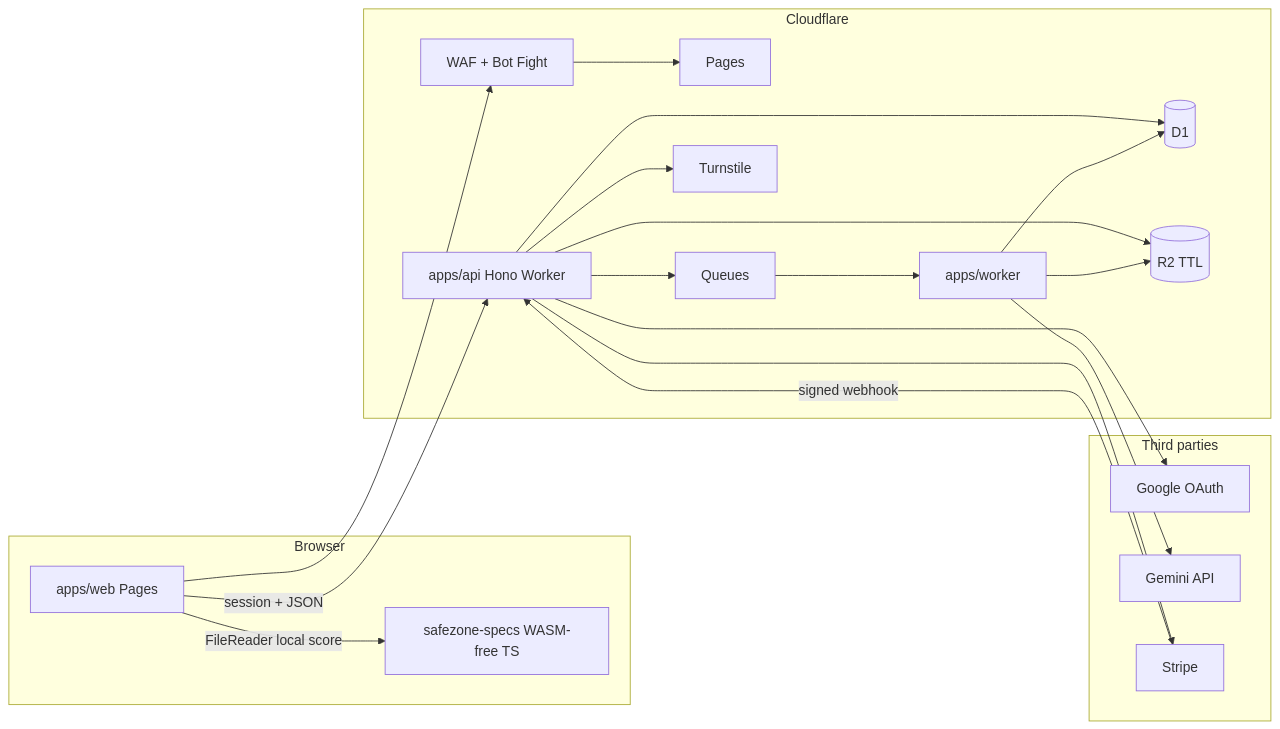
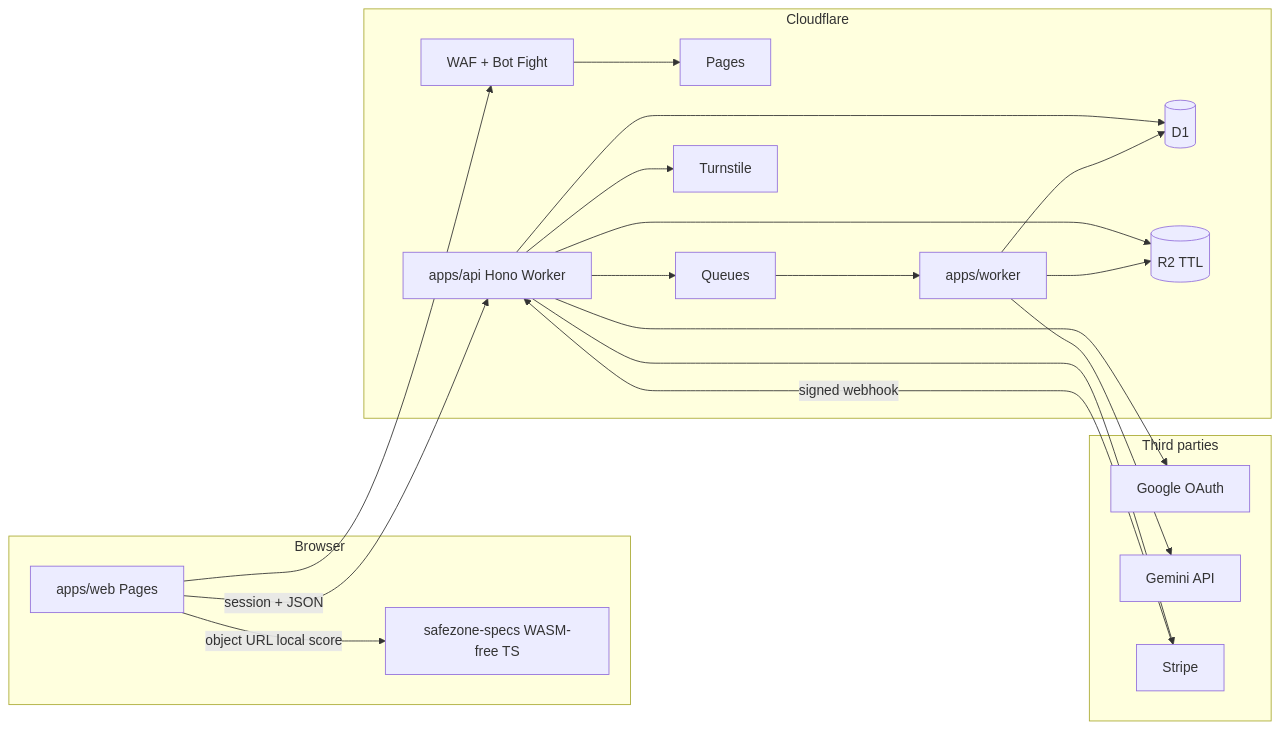
Before and after one commit to awpthorp/safezone-ready: the first of 2 diagrams in docs/SPEC.md, drawn with Mermaid. The commit also changed other lines of this file and 24 other files, not shown here.

````diff
--- a/docs/SPEC.md
+++ b/docs/SPEC.md
@@ -243,39 +244,39 @@
 ```mermaid
 flowchart LR
   subgraph browser [Browser]
     UI[apps/web Pages]
     Specs[safezone-specs WASM-free TS]
-    UI -->|FileReader local score| Specs
+    UI -->|object URL local score| Specs
   end
 
   subgraph edge [Cloudflare]
     WAF[WAF + Bot Fight]
     Pages[Pages]
     API[apps/api Hono Worker]
     Q[Queues]
     WRK[apps/worker]
     D1[(D1)]
     R2[(R2 TTL)]
     T[Turnstile]
   end
 
   subgraph third [Third parties]
     GO[Google OAuth]
     GM[Gemini API]
     ST[Stripe]
   end
 
   UI --> WAF --> Pages
   UI -->|session + JSON| API
   API --> T
   API --> D1
   API --> R2
   API --> Q
   API --> GO
   API --> ST
   Q --> WRK
   WRK --> GM
   WRK --> D1
   WRK --> R2
   ST -->|signed webhook| API
 ```
````
